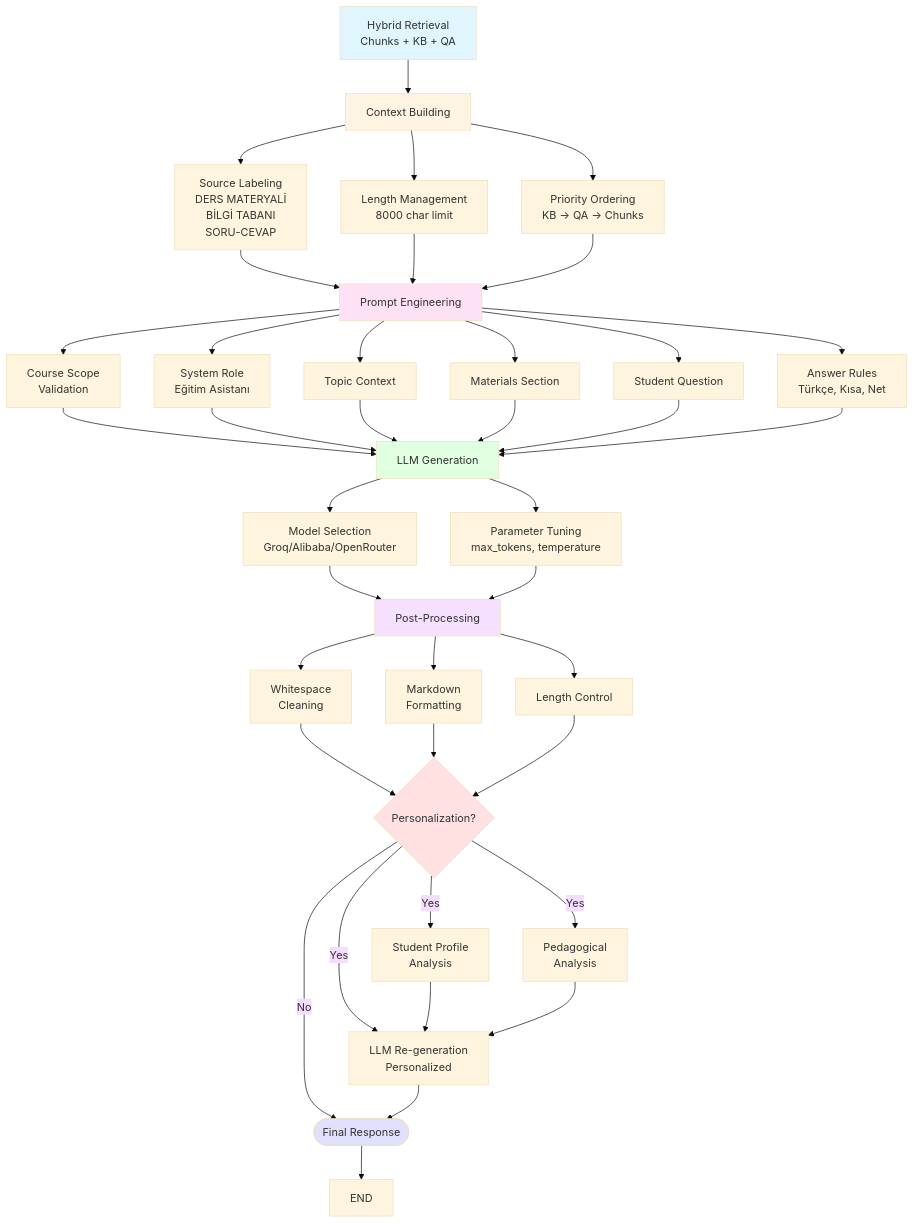
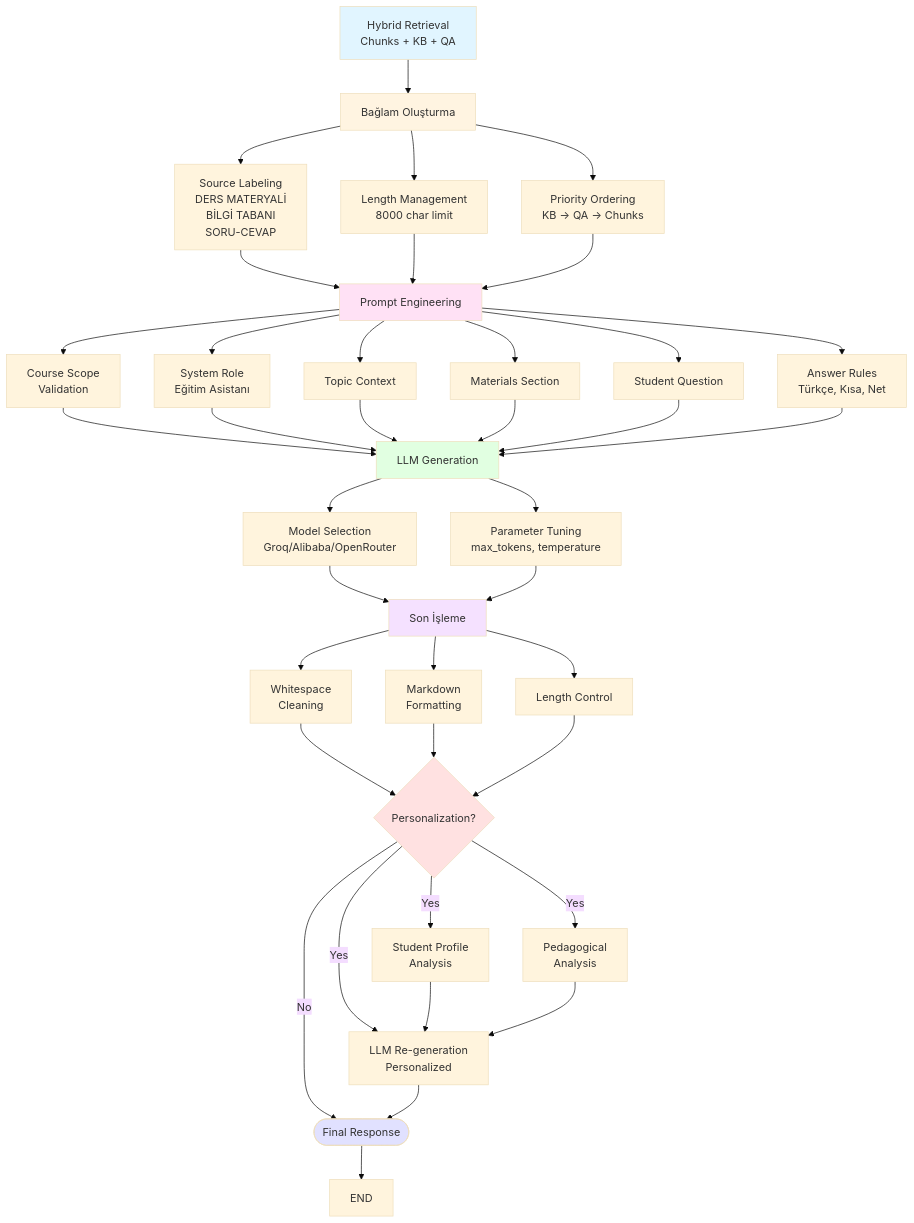
Before and after one commit to EngindalgaMaku/ebars: the fourth of 5 diagrams in docs/rag-architecture-personalized-learning/makale-taslagi/MAKALE_TAM_METIN.md, drawn with Mermaid (base theme). The commit also changed other lines of this file, not shown here.

````diff
--- a/docs/rag-architecture-personalized-learning/makale-taslagi/MAKALE_TAM_METIN.md
+++ b/docs/rag-architecture-personalized-learning/makale-taslagi/MAKALE_TAM_METIN.md
@@ -1097,60 +1102,60 @@
 ```mermaid
 flowchart TD
-    RETRIEVAL[Hybrid Retrieval<br/>Chunks + KB + QA] --> CONTEXT[Context Building]
+    RETRIEVAL[Hybrid Retrieval<br/>Chunks + KB + QA] --> CONTEXT[Bağlam Oluşturma]
     
     CONTEXT --> SOURCE[Source Labeling<br/>DERS MATERYALİ<br/>BİLGİ TABANI<br/>SORU-CEVAP]
     CONTEXT --> LENGTH[Length Management<br/>8000 char limit]
     CONTEXT --> PRIORITY[Priority Ordering<br/>KB → QA → Chunks]
     
     SOURCE --> PROMPT[Prompt Engineering]
     LENGTH --> PROMPT
     PRIORITY --> PROMPT
     
     PROMPT --> SCOPE[Course Scope<br/>Validation]
     PROMPT --> ROLE[System Role<br/>Eğitim Asistanı]
     PROMPT --> TOPIC[Topic Context]
     PROMPT --> MATERIALS[Materials Section]
     PROMPT --> QUESTION[Student Question]
     PROMPT --> RULES[Answer Rules<br/>Türkçe, Kısa, Net]
     
     SCOPE --> LLM[LLM Generation]
     ROLE --> LLM
     TOPIC --> LLM
     MATERIALS --> LLM
     QUESTION --> LLM
     RULES --> LLM
     
     LLM --> MODEL[Model Selection<br/>Groq/Alibaba/OpenRouter]
     LLM --> PARAM[Parameter Tuning<br/>max_tokens, temperature]
     
-    MODEL --> POST[Post-Processing]
+    MODEL --> POST[Son İşleme]
     PARAM --> POST
     
     POST --> WHITE[Whitespace<br/>Cleaning]
     POST --> MARKDOWN[Markdown<br/>Formatting]
     POST --> LENCTRL[Length Control]
     
     WHITE --> PERSONAL{Personalization?}
     MARKDOWN --> PERSONAL
     LENCTRL --> PERSONAL
     
     PERSONAL -->|Yes| PROFILE[Student Profile<br/>Analysis]
     PERSONAL -->|Yes| PED[Pedagogical<br/>Analysis]
     PERSONAL -->|Yes| REGEN[LLM Re-generation<br/>Personalized]
     
     PROFILE --> REGEN
     PED --> REGEN
     
     PERSONAL -->|No| RESPONSE
     REGEN --> RESPONSE
     
     RESPONSE([Final Response]) --> END
     
     style RETRIEVAL fill:#e1f5ff
     style CONTEXT fill:#fff4e1
     style PROMPT fill:#ffe1f5
     style LLM fill:#e1ffe1
     style POST fill:#f5e1ff
     style PERSONAL fill:#ffe1e1
     style RESPONSE fill:#e1e1ff
 ```
````
